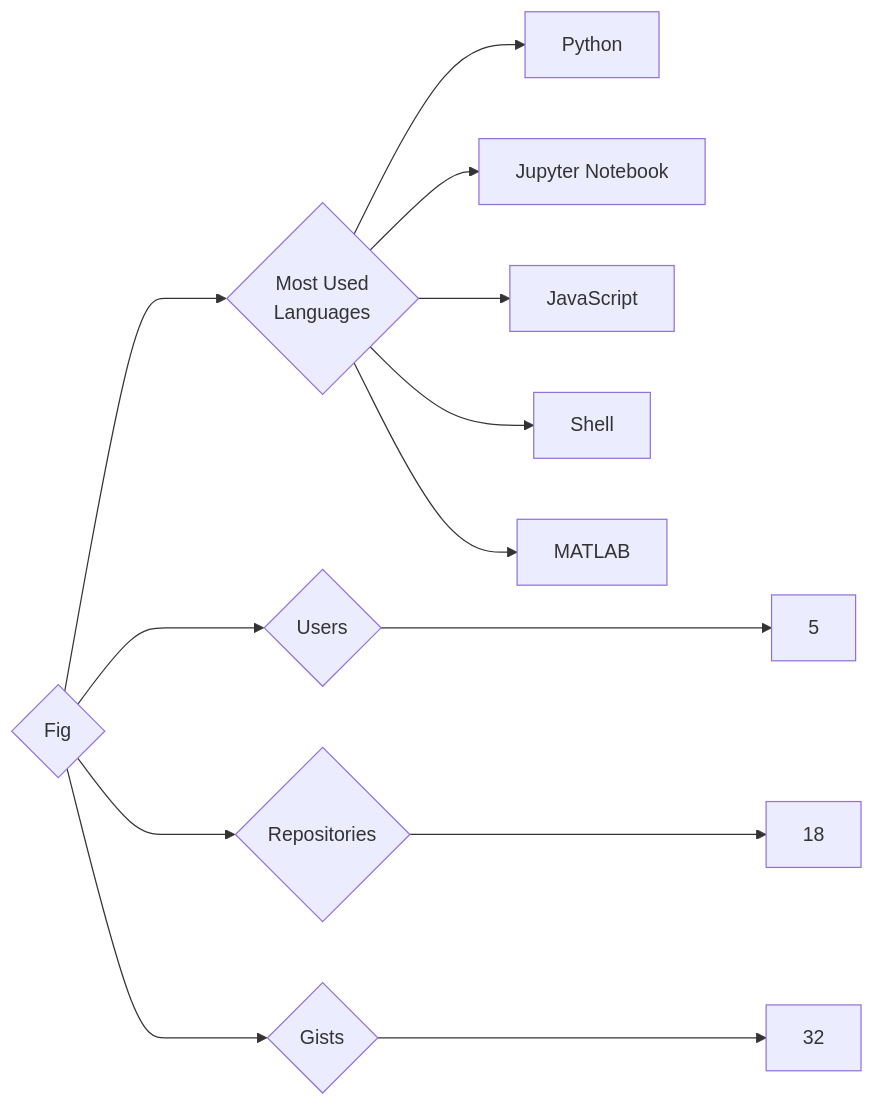
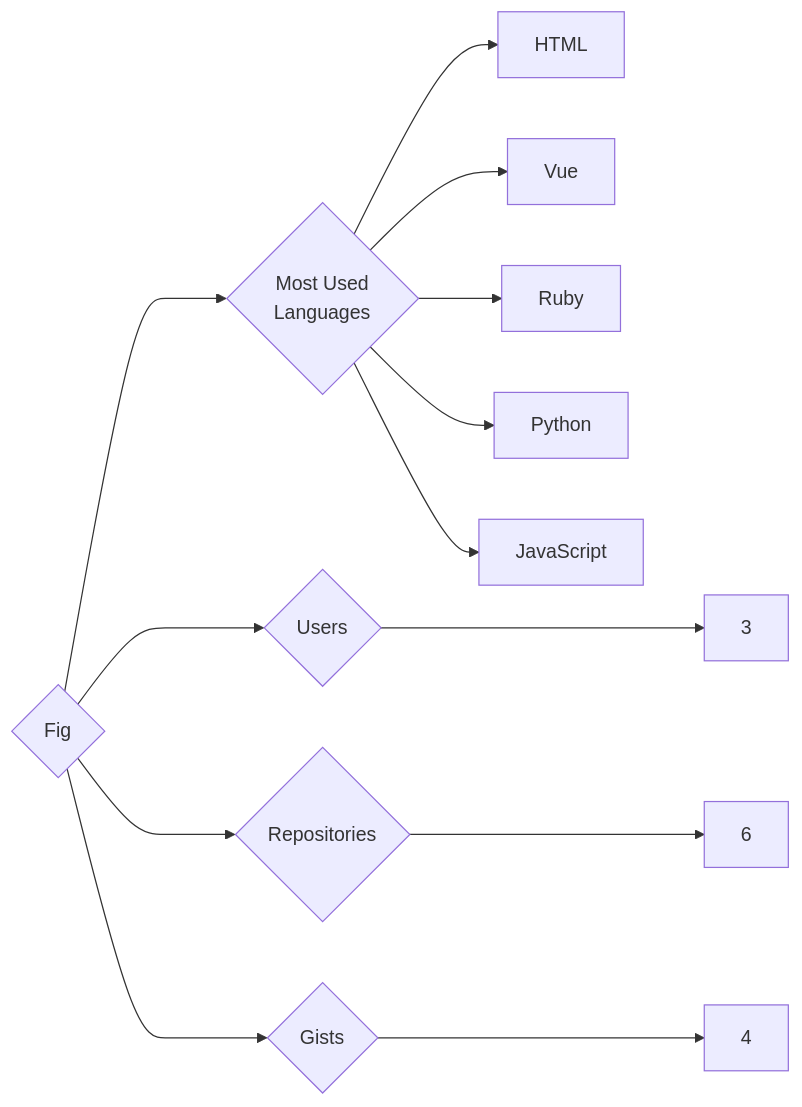
Before and after one commit to trickest/insiders: the diagram in targets/Fig/README.md, drawn with Mermaid. The commit also changed 1084 other files, not shown here.

````diff
--- a/targets/Fig/README.md
+++ b/targets/Fig/README.md
@@ -3,13 +3,13 @@
 ```mermaid
 graph LR
 COMPANY_NAME{Fig}
-COMPANY_NAME ---> U{Users} ---> UN[5]
-COMPANY_NAME ---> R{Repositories} ---> RN[18]
-COMPANY_NAME ---> G{Gists} ---> GN[32]
+COMPANY_NAME ---> U{Users} ---> UN[3]
+COMPANY_NAME ---> R{Repositories} ---> RN[6]
+COMPANY_NAME ---> G{Gists} ---> GN[4]
 COMPANY_NAME ---> ML{Most Used<br>Languages}
+ML --> HTML[HTML]
+ML --> Vue[Vue]
+ML --> Ruby[Ruby]
 ML --> Python[Python]
-ML --> Jupyter_Notebook[Jupyter Notebook]
 ML --> JavaScript[JavaScript]
-ML --> Shell[Shell]
-ML --> MATLAB[MATLAB]
 ```
````
